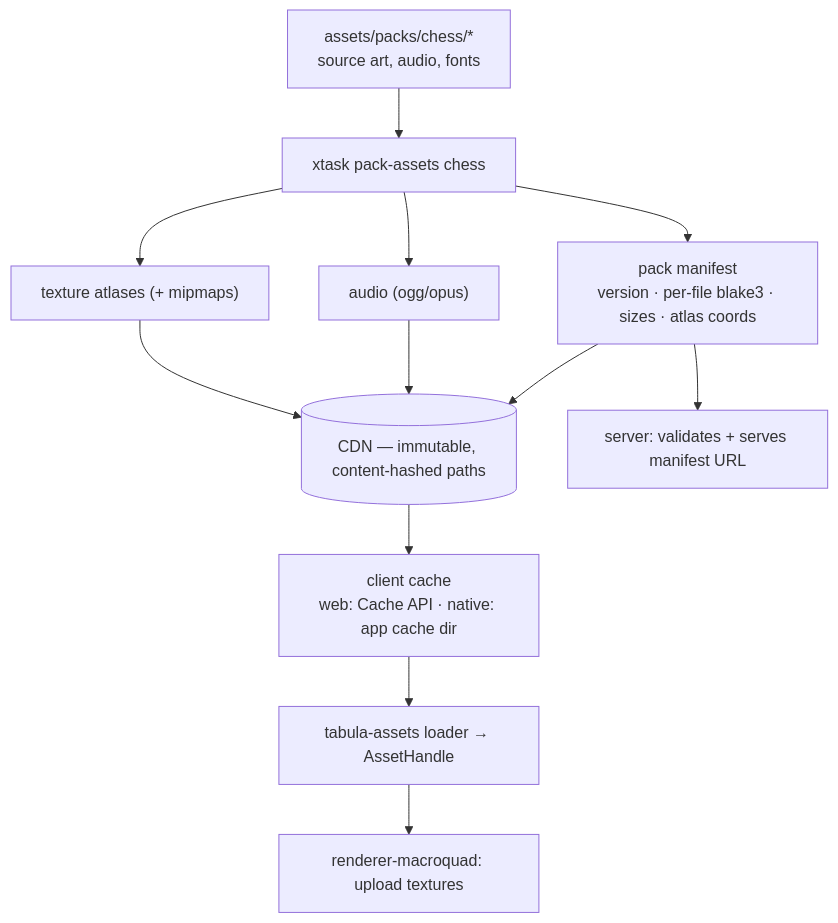
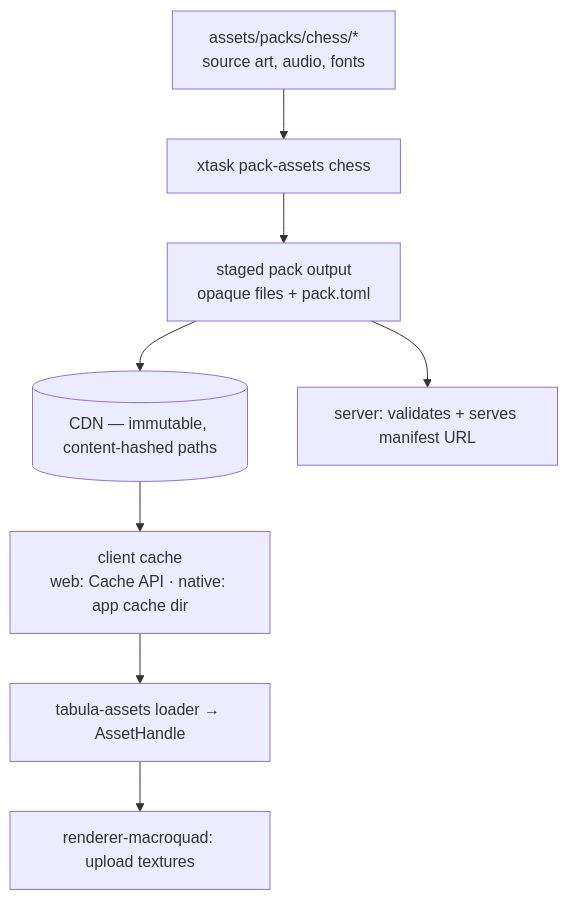
The sixth of 6 diagrams in docs/architecture/04-frontend-and-design-system.md (loveoverflowcom/tabula), drawn with Mermaid before and after one commit. The commit also changed other lines of this file and 10 other files, not shown here.

Commit message:
feat: add deterministic content-addressed asset pack builder

````diff
--- a/docs/architecture/04-frontend-and-design-system.md
+++ b/docs/architecture/04-frontend-and-design-system.md
@@ -1008,14 +1009,10 @@
 ```mermaid
 flowchart TB
     SRC["assets/packs/chess/*<br/>source art, audio, fonts"] --> BUILD["xtask pack-assets chess"]
-    BUILD --> ATLAS["texture atlases (+ mipmaps)"]
-    BUILD --> AUDIO["audio (ogg/opus)"]
-    BUILD --> MAN["pack manifest<br/>version · per-file blake3 · sizes · atlas coords"]
-    ATLAS --> CDN[("CDN — immutable, content-hashed paths")]
-    AUDIO --> CDN
-    MAN --> CDN
-    MAN --> SRV["server: validates + serves manifest URL"]
+    BUILD --> PACK["staged pack output<br/>opaque files + pack.toml"]
+    PACK --> CDN[("CDN — immutable, content-hashed paths")]
+    PACK --> SRV["server: validates + serves manifest URL"]
     CDN --> CACHE["client cache<br/>web: Cache API · native: app cache dir"]
     CACHE --> LOAD["tabula-assets loader → AssetHandle"]
     LOAD --> REND["renderer-macroquad: upload textures"]
 ```
````
